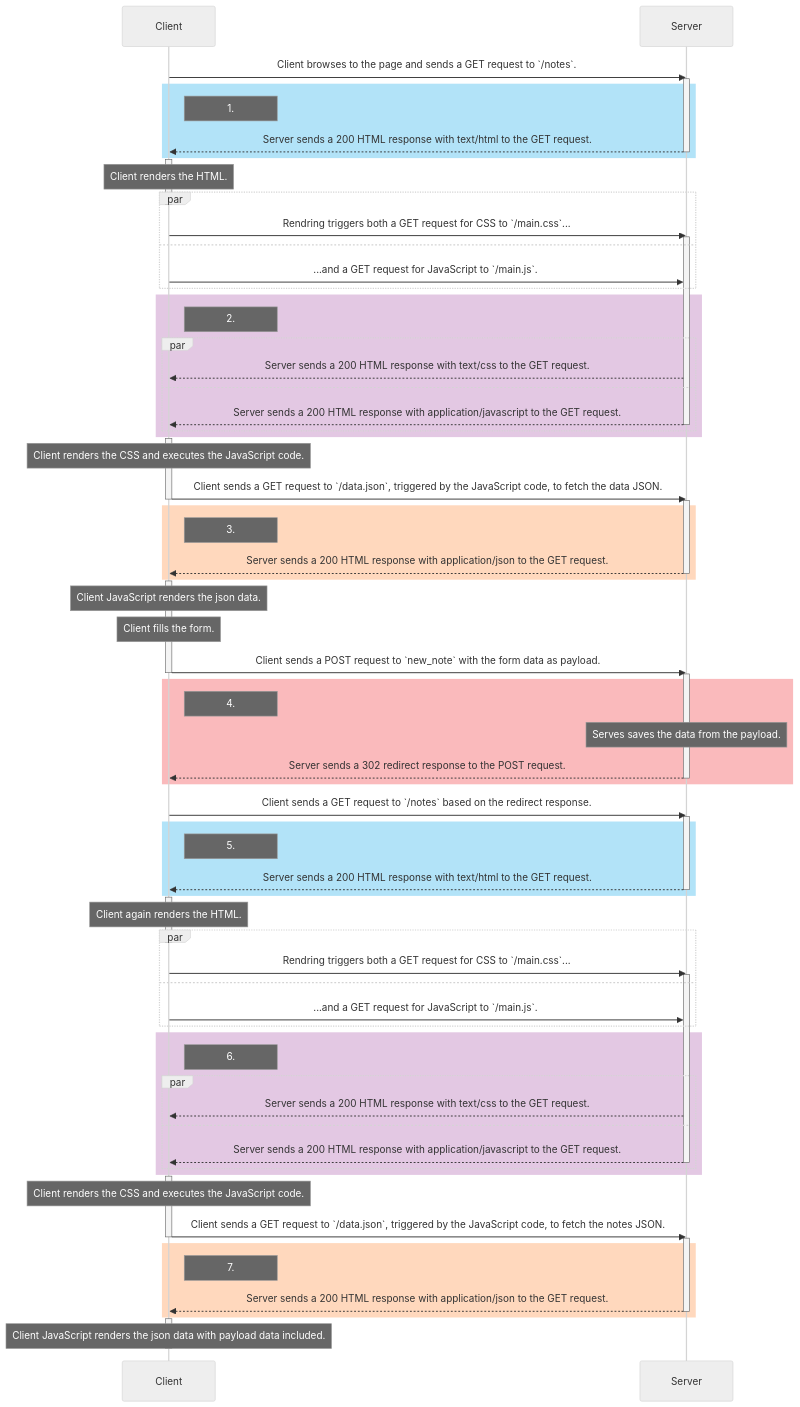
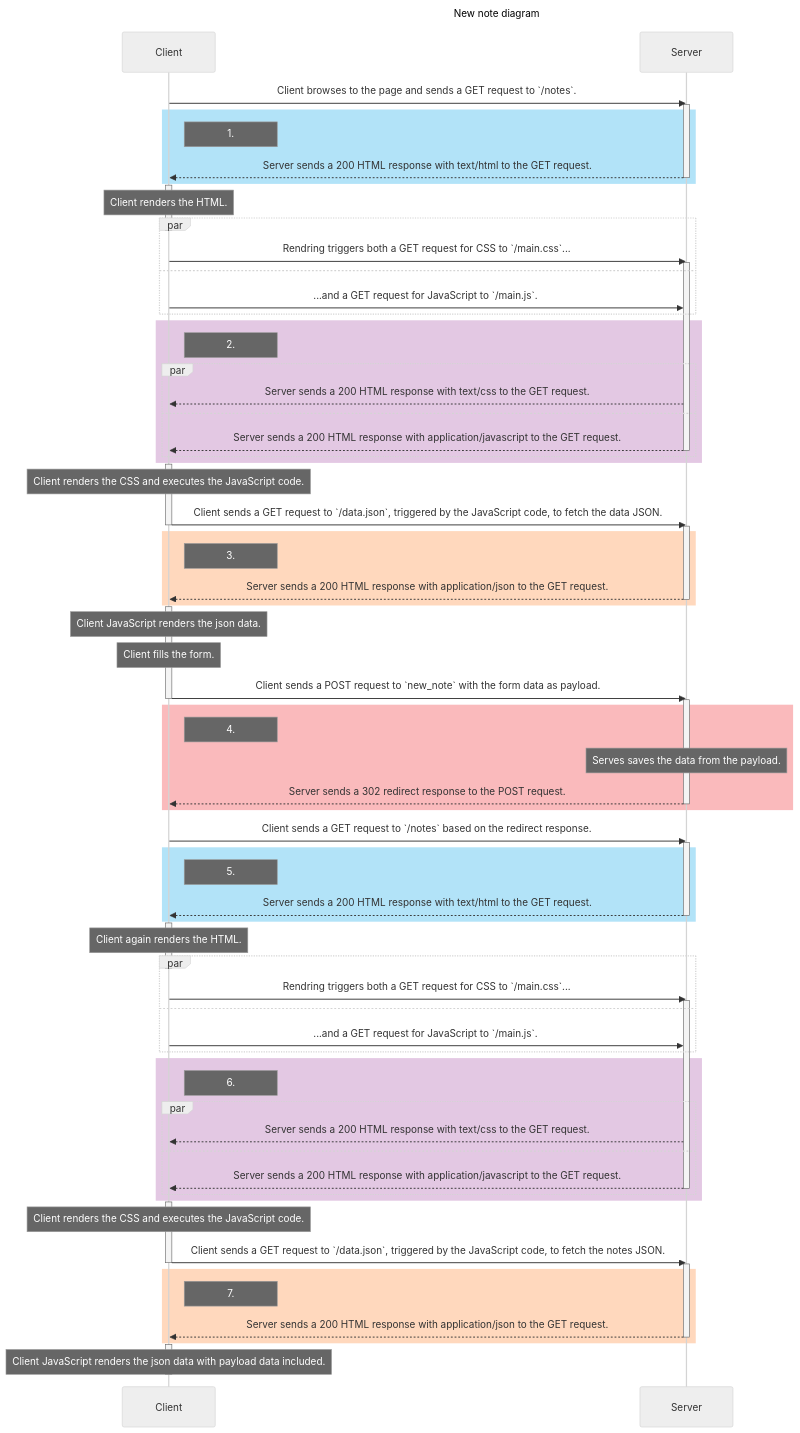
One commit to degenone/FSO-part0 changed the diagram in new_note_diagram.md. Above: the diagram before and after it, drawn with Mermaid (neutral theme). The commit also changed 1 other file, not shown here.

Commit message:
added titles to 0.4 and 0.5

````diff
--- a/new_note_diagram.md
+++ b/new_note_diagram.md
@@ -9,4 +9,7 @@
 ```mermaid
+---
+title: New note diagram
+---
 sequenceDiagram
     participant Client
     participant Server
````
